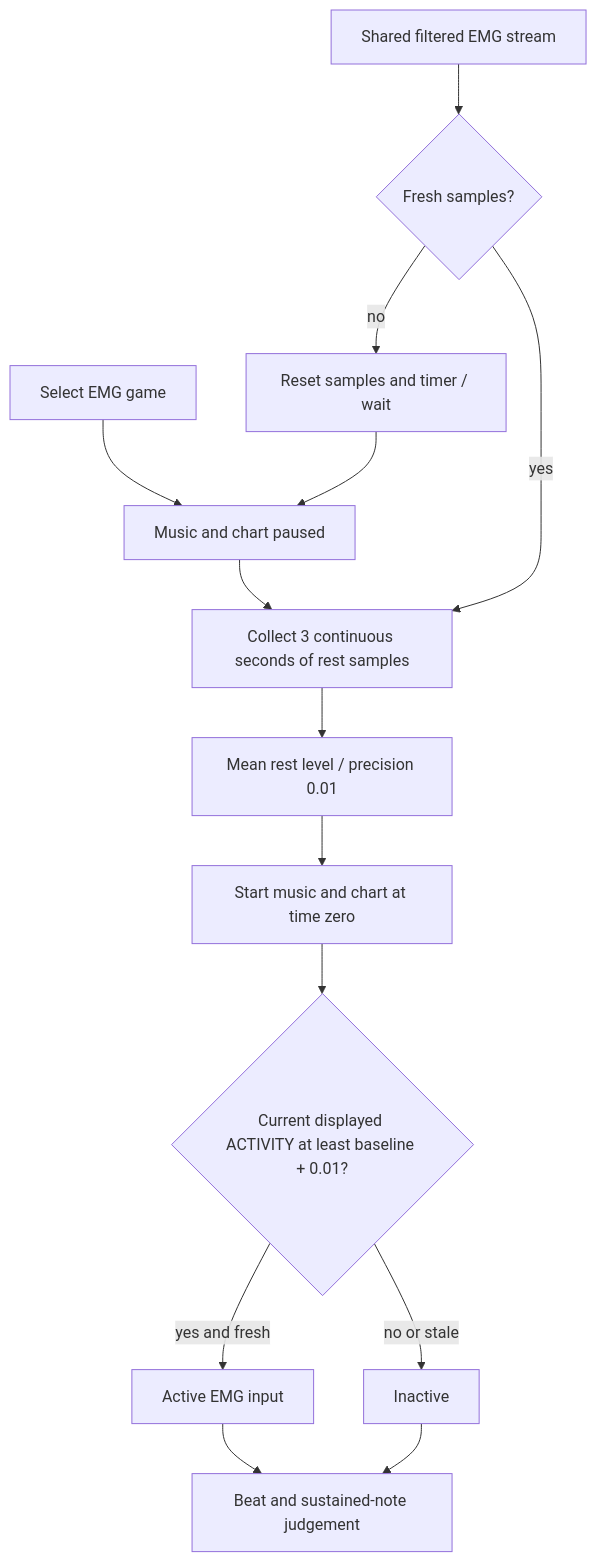
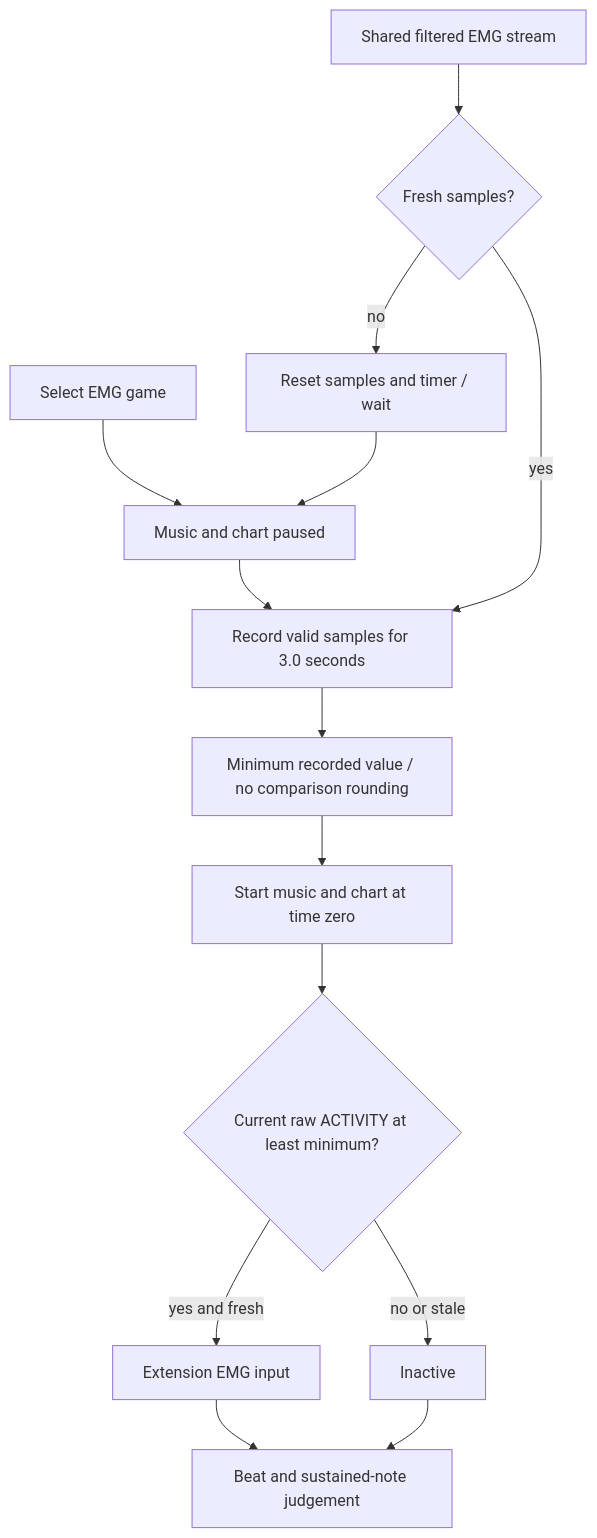
The diagram in diagrams/emg-rest-baseline.md (didtjr5080/Rythm-Game), drawn with Mermaid before and after one commit. The commit also changed other lines of this file and 60 other files, not shown here.

````diff
--- a/diagrams/emg-rest-baseline.md
+++ b/diagrams/emg-rest-baseline.md
@@ -3,16 +3,16 @@
 ```mermaid
 flowchart TD
     Select[Select EMG game] --> Wait[Music and chart paused]
     Stream[Shared filtered EMG stream] --> Fresh{Fresh samples?}
     Fresh -->|no| Reset[Reset samples and timer / wait]
     Reset --> Wait
-    Wait --> Measure[Collect 3 continuous seconds of rest samples]
+    Wait --> Measure[Record valid samples for 3.0 seconds]
     Fresh -->|yes| Measure
-    Measure --> Baseline[Mean rest level / precision 0.01]
+    Measure --> Baseline[Minimum recorded value / no comparison rounding]
     Baseline --> Start[Start music and chart at time zero]
-    Start --> Compare{Current displayed ACTIVITY at least baseline + 0.01?}
-    Compare -->|yes and fresh| Active[Active EMG input]
+    Start --> Compare{Current raw ACTIVITY at least minimum?}
+    Compare -->|yes and fresh| Active[Extension EMG input]
     Compare -->|no or stale| Inactive[Inactive]
     Active --> Judge[Beat and sustained-note judgement]
     Inactive --> Judge
 ```
````
